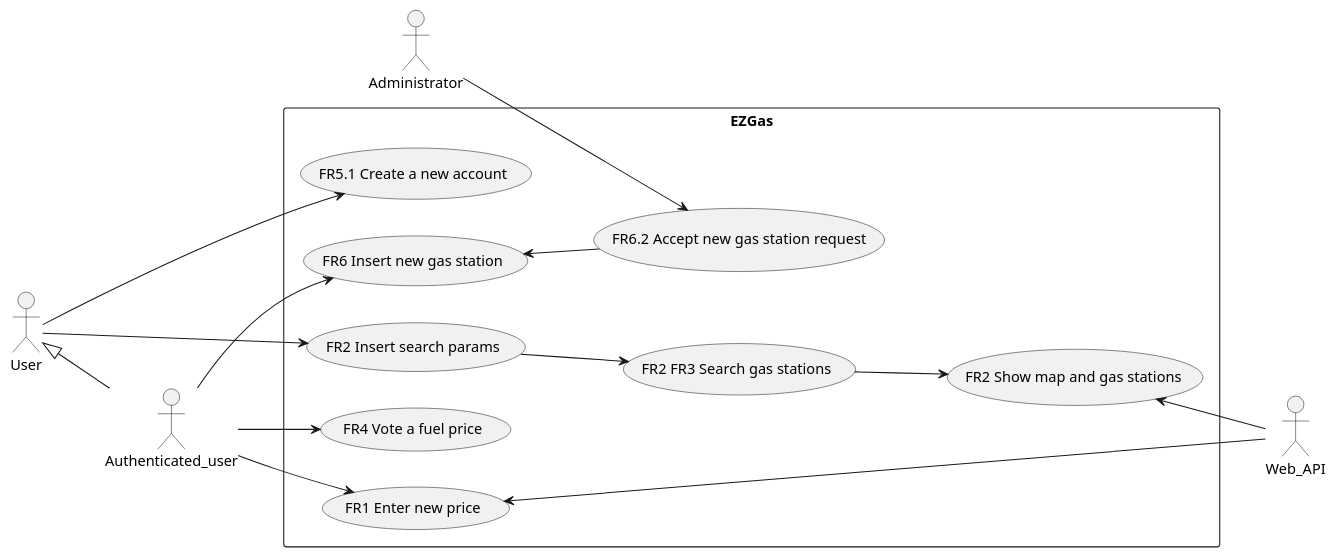
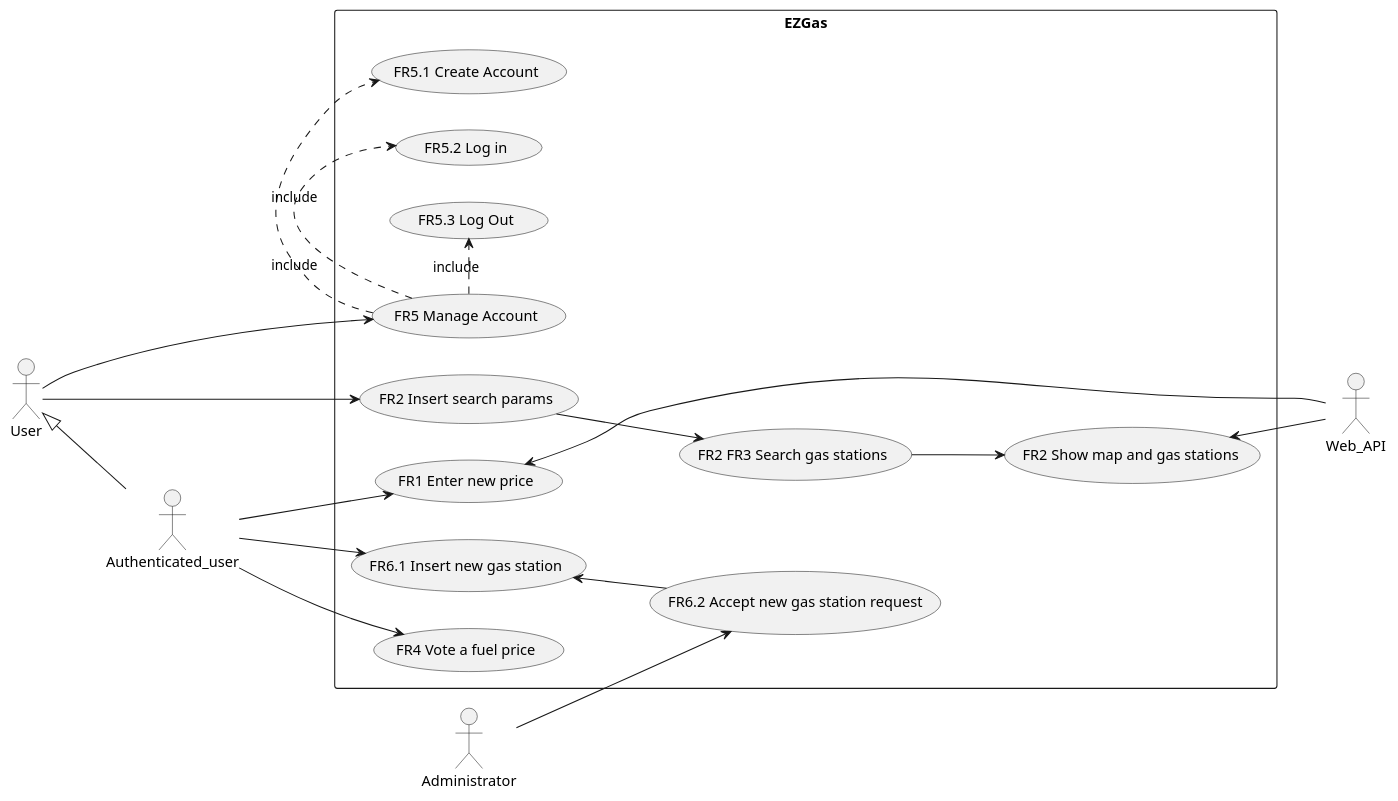
The second of 3 diagrams in docs/RequirementsDocument.md (SE2-group4/SE1-project), drawn with PlantUML before and after one commit.

Commit message:
fix: fix in functional req and use case diagram

````diff
--- a/docs/RequirementsDocument.md
+++ b/docs/RequirementsDocument.md
@@ -122,29 +122,33 @@
 ```plantuml
 @startuml
 
 left to right direction
 
 Actor User as U
 Actor Authenticated_user as AU
 Actor Administrator as A
 Actor Web_API as WA
 
 U <|-- AU
 rectangle EZGas{
-  U -> (FR5.1 Create a new account)
+  U -> (FR5 Manage Account)
   U -> (FR2 Insert search params)
 
   AU --> (FR4 Vote a fuel price)
-  AU --> (FR6 Insert new gas station)
+  AU --> (FR6.1 Insert new gas station)
   A --> (FR6.2 Accept new gas station request)
   AU --> (FR1 Enter new price)
 
   (FR2 Show map and gas stations) <-- WA
-  (FR6 Insert new gas station) <-- (FR6.2 Accept new gas station request)
+  (FR6.1 Insert new gas station) <-- (FR6.2 Accept new gas station request)
   (FR2 Insert search params) --> (FR2 FR3 Search gas stations)
   (FR2 FR3 Search gas stations) --> (FR2 Show map and gas stations)
   WA --> (FR1 Enter new price)
+
+  (FR5 Manage Account) .> (FR5.1 Create Account) : include
+  (FR5 Manage Account) .> (FR5.2 Log in) : include
+  (FR5 Manage Account) .> (FR5.3 Log Out) : include
 }
 
 @enduml
 ```
````
